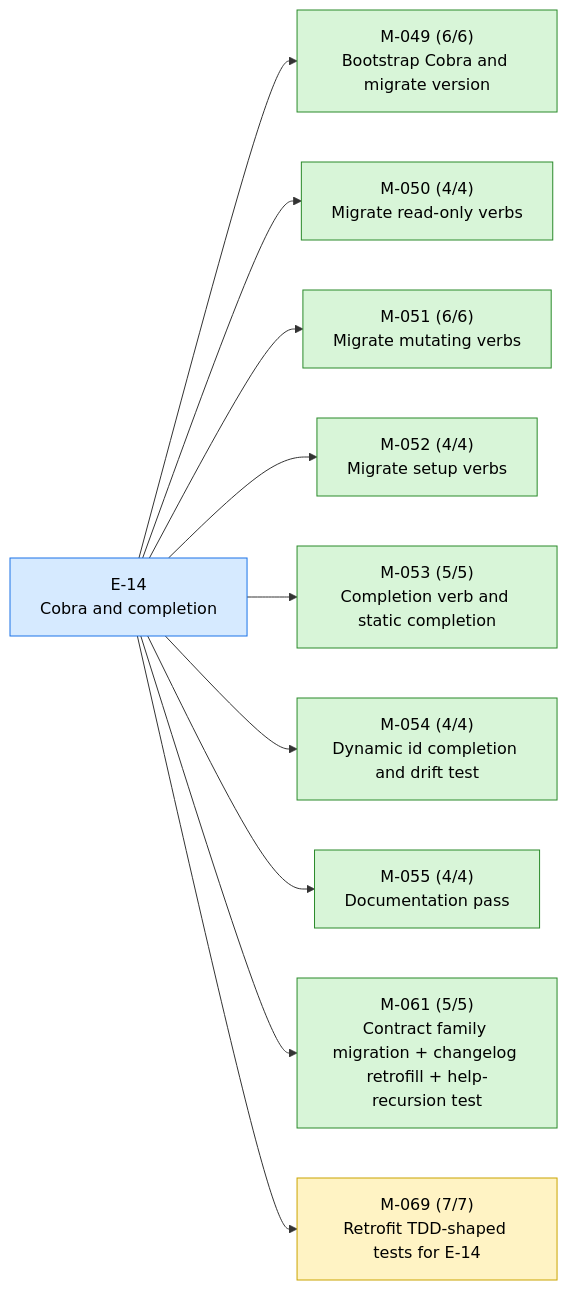
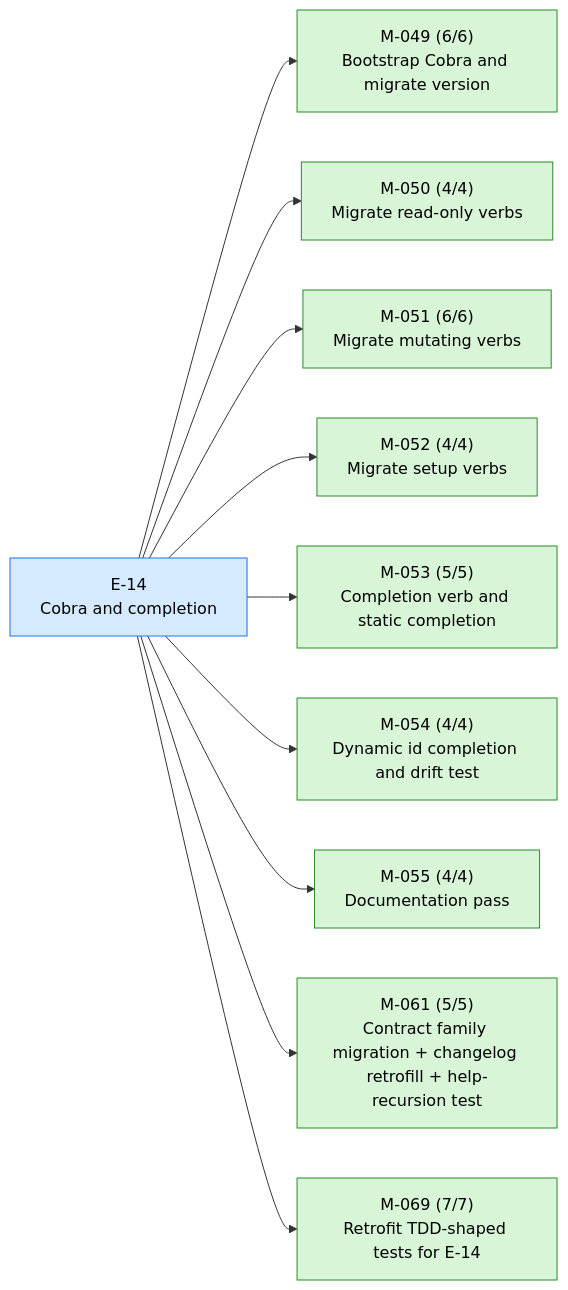
One commit to 23min/aiwf changed the first of 4 diagrams in STATUS.md. Above: the diagram before and after it, drawn with Mermaid. The commit also changed other lines of this file and 1 other file, not shown here.

First line of the commit message:
aiwf promote M-069 in_progress -> done

````diff
--- a/STATUS.md
+++ b/STATUS.md
@@ -19,28 +19,28 @@
 ```mermaid
 flowchart LR
   E_14["E-14<br/>Cobra and completion"]:::epic_active
   M_049["M-049 (6/6)<br/>Bootstrap Cobra and migrate version"]:::ms_done
   E_14 --> M_049
   M_050["M-050 (4/4)<br/>Migrate read-only verbs"]:::ms_done
   E_14 --> M_050
   M_051["M-051 (6/6)<br/>Migrate mutating verbs"]:::ms_done
   E_14 --> M_051
   M_052["M-052 (4/4)<br/>Migrate setup verbs"]:::ms_done
   E_14 --> M_052
   M_053["M-053 (5/5)<br/>Completion verb and static completion"]:::ms_done
   E_14 --> M_053
   M_054["M-054 (4/4)<br/>Dynamic id completion and drift test"]:::ms_done
   E_14 --> M_054
   M_055["M-055 (4/4)<br/>Documentation pass"]:::ms_done
   E_14 --> M_055
   M_061["M-061 (5/5)<br/>Contract family migration + changelog retrofill + help-recursion test"]:::ms_done
   E_14 --> M_061
-  M_069["M-069 (7/7)<br/>Retrofit TDD-shaped tests for E-14"]:::ms_in_progress
+  M_069["M-069 (7/7)<br/>Retrofit TDD-shaped tests for E-14"]:::ms_done
   E_14 --> M_069
   classDef epic_active fill:#d6eaff,stroke:#1a73e8,color:#000
   classDef epic_proposed fill:#f4f4f4,stroke:#888,color:#000
   classDef ms_done fill:#d8f5d8,stroke:#2a8a2a,color:#000
   classDef ms_in_progress fill:#fff3c4,stroke:#caa400,color:#000
   classDef ms_draft fill:#f4f4f4,stroke:#888,color:#000
   classDef ms_cancelled fill:#fbeaea,stroke:#c33,color:#000
 ```
````
